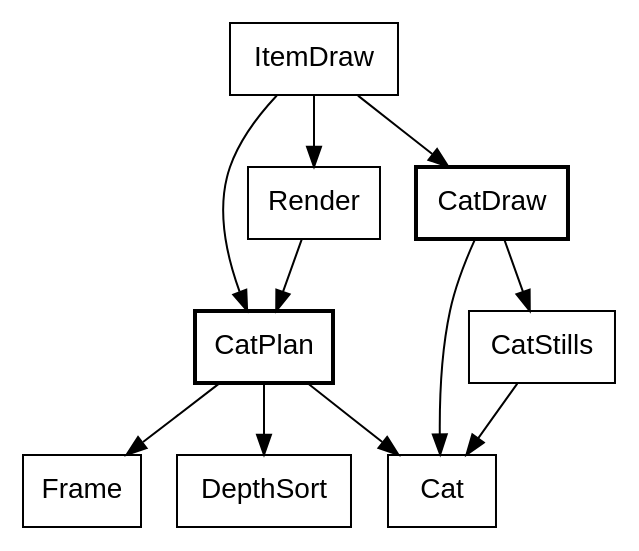
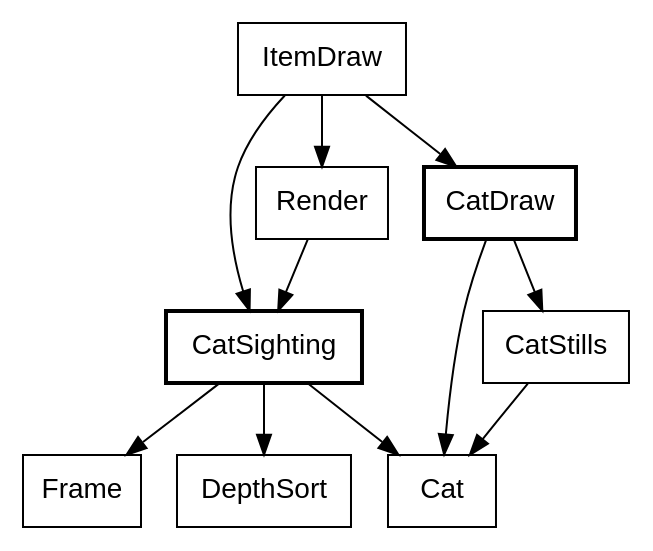
The seventh of 7 diagrams in canvas_apps/safari/tutorial/tutorial.md (showell/roc-apps), drawn with Graphviz before and after one commit. The commit also changed other lines of this file and 31 other files, not shown here.

````diff
--- a/canvas_apps/safari/tutorial/tutorial.md
+++ b/canvas_apps/safari/tutorial/tutorial.md
@@ -310,17 +310,17 @@
 ```dot
 digraph screen {
   node [shape=box, fontname="Helvetica"];
-  CatPlan [style=bold];
+  CatSighting [style=bold];
   CatDraw [style=bold];
   ItemDraw -> Render;
   ItemDraw -> CatDraw;
-  ItemDraw -> CatPlan;
-  Render -> CatPlan;
-  CatPlan -> Cat;
-  CatPlan -> Frame;
-  CatPlan -> DepthSort;
+  ItemDraw -> CatSighting;
+  Render -> CatSighting;
+  CatSighting -> Cat;
+  CatSighting -> Frame;
+  CatSighting -> DepthSort;
   CatDraw -> Cat;
   CatDraw -> CatStills;
   CatStills -> Cat;
 }
 ```
````
